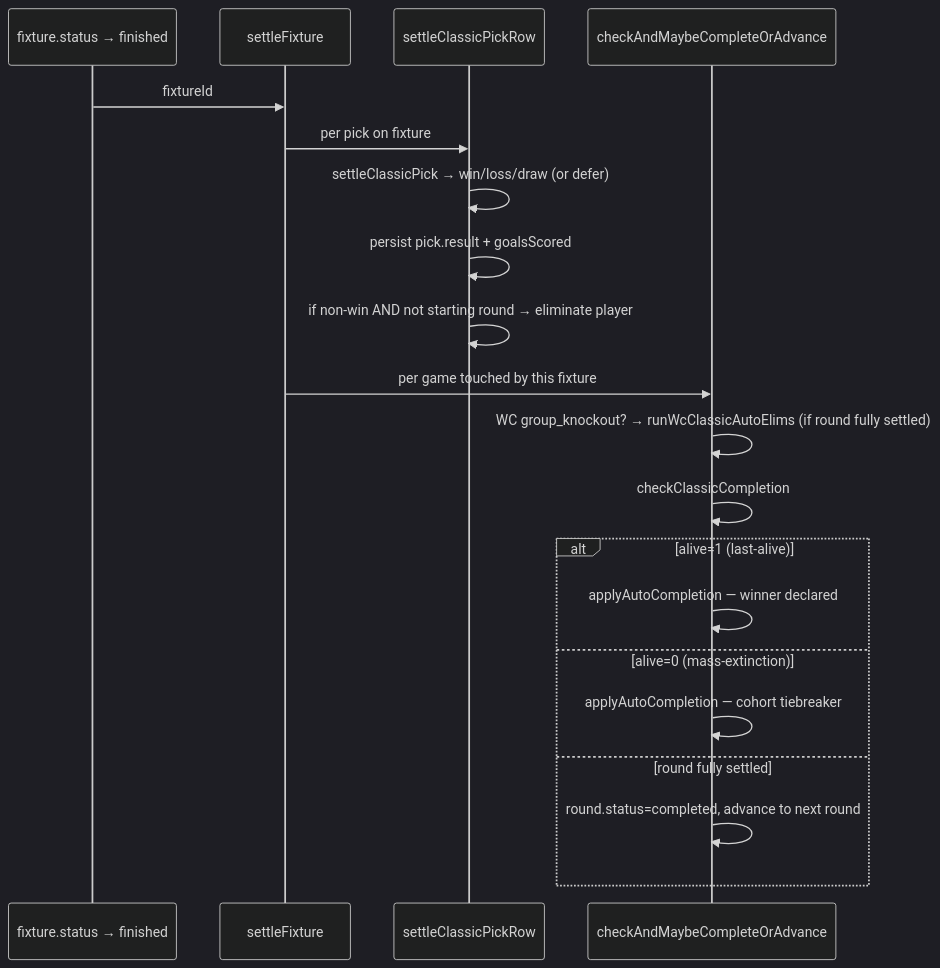
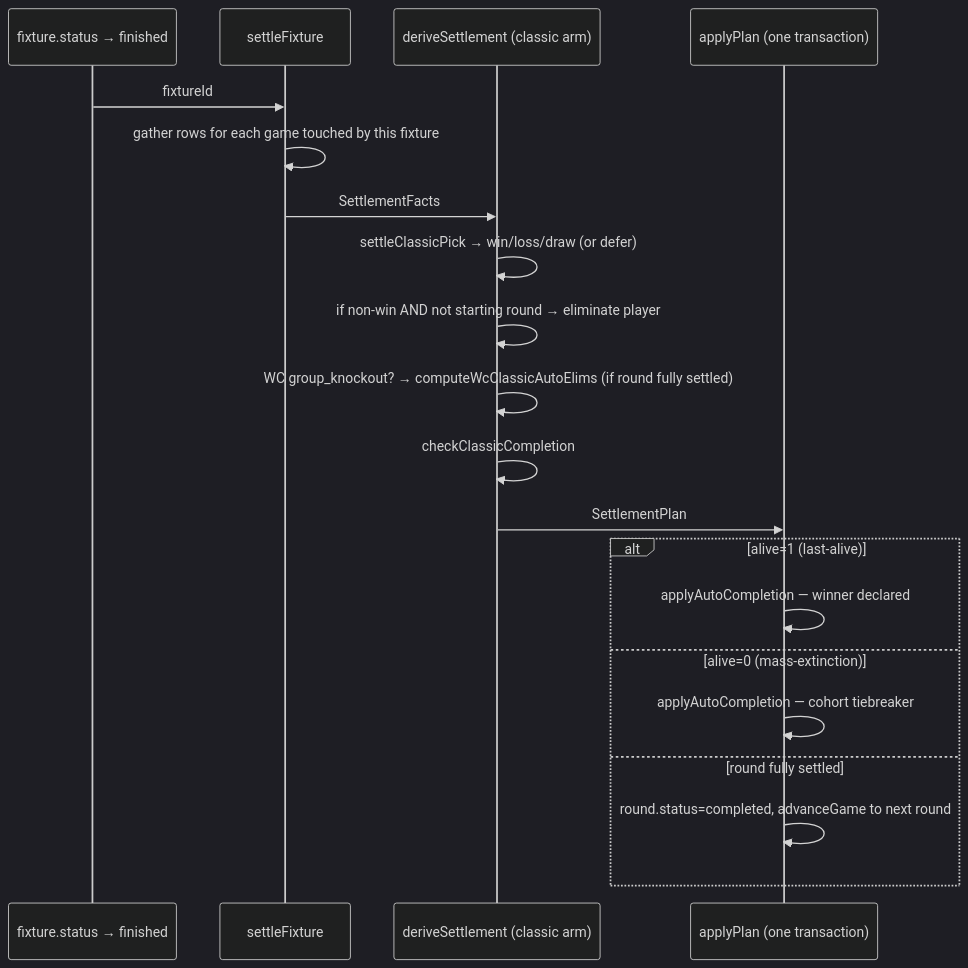
One commit to lennons301/last-person-standing changed the first of 2 diagrams in docs/game-modes/classic.md. Above: the diagram before and after it, drawn with Mermaid (dark theme). The commit also changed other lines of this file and 23 other files, not shown here.

First line of the commit message:
Settlement: one mode dispatch + a transaction seam (deriveSettlement/applyPlan) (#262)

````diff
--- a/docs/game-modes/classic.md
+++ b/docs/game-modes/classic.md
@@ -28,23 +28,23 @@
 ```mermaid
 sequenceDiagram
     participant Trigger as fixture.status → finished
     participant Settle as settleFixture
-    participant Settle1 as settleClassicPickRow
-    participant Complete as checkAndMaybeCompleteOrAdvance
+    participant Derive as deriveSettlement (classic arm)
+    participant Apply as applyPlan (one transaction)
 
     Trigger->>Settle: fixtureId
-    Settle->>Settle1: per pick on fixture
-    Settle1->>Settle1: settleClassicPick → win/loss/draw (or defer)
-    Settle1->>Settle1: persist pick.result + goalsScored
-    Settle1->>Settle1: if non-win AND not starting round → eliminate player
-    Settle->>Complete: per game touched by this fixture
-    Complete->>Complete: WC group_knockout? → runWcClassicAutoElims (if round fully settled)
-    Complete->>Complete: checkClassicCompletion
+    Settle->>Settle: gather rows for each game touched by this fixture
+    Settle->>Derive: SettlementFacts
+    Derive->>Derive: settleClassicPick → win/loss/draw (or defer)
+    Derive->>Derive: if non-win AND not starting round → eliminate player
+    Derive->>Derive: WC group_knockout? → computeWcClassicAutoElims (if round fully settled)
+    Derive->>Derive: checkClassicCompletion
+    Derive->>Apply: SettlementPlan
     alt alive=1 (last-alive)
-        Complete->>Complete: applyAutoCompletion — winner declared
+        Apply->>Apply: applyAutoCompletion — winner declared
     else alive=0 (mass-extinction)
-        Complete->>Complete: applyAutoCompletion — cohort tiebreaker
+        Apply->>Apply: applyAutoCompletion — cohort tiebreaker
     else round fully settled
-        Complete->>Complete: round.status=completed, advance to next round
+        Apply->>Apply: round.status=completed, advanceGame to next round
     end
 ```
````
